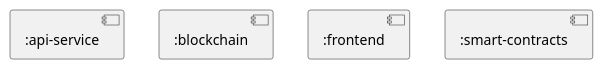
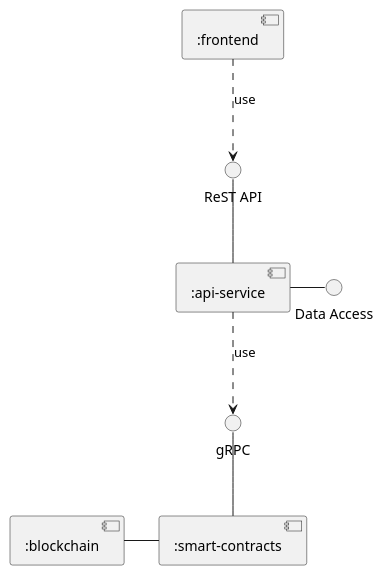
One commit to tassiluca/ChainVote changed the diagram in docs/schemas/system-architecture.puml. Above: the diagram before and after it, drawn with PlantUML. The commit also changed 1 other file, not shown here.

Commit message:
docs: add sketch schemas

```diff
--- a/docs/schemas/system-architecture.puml
+++ b/docs/schemas/system-architecture.puml
@@ -1,26 +1,26 @@
 @startuml system-architecture
 
 skinparam component {
     BackgroundColor<<external>> White
+    BackgroundColor<<executable>> LightGreen
     BackgroundColor<<test>> cyan
-    BackgroundColor<<executable>> LightGreen
 }
 skinparam DatabaseBackgroundColor Beige
 
-component :api-service { 
+' TODO: just a sketch
 
-}
+[:frontend] as FRONTEND
+FRONTEND ..> "ReST API" : use
 
-component :blockchain {
+[:api-service] as API
+API -up- "ReST API"
+API -right- "Data Access"
+API ..> "gRPC" : use
 
-}
+[:smart-contracts] as SC
+SC -up- "gRPC"
 
-component :frontend as FRONTEND {
-
-}
-
-component :smart-contracts {
-
-}
+[:blockchain] as CHAIN
+SC -left- CHAIN
 
 @enduml
```
